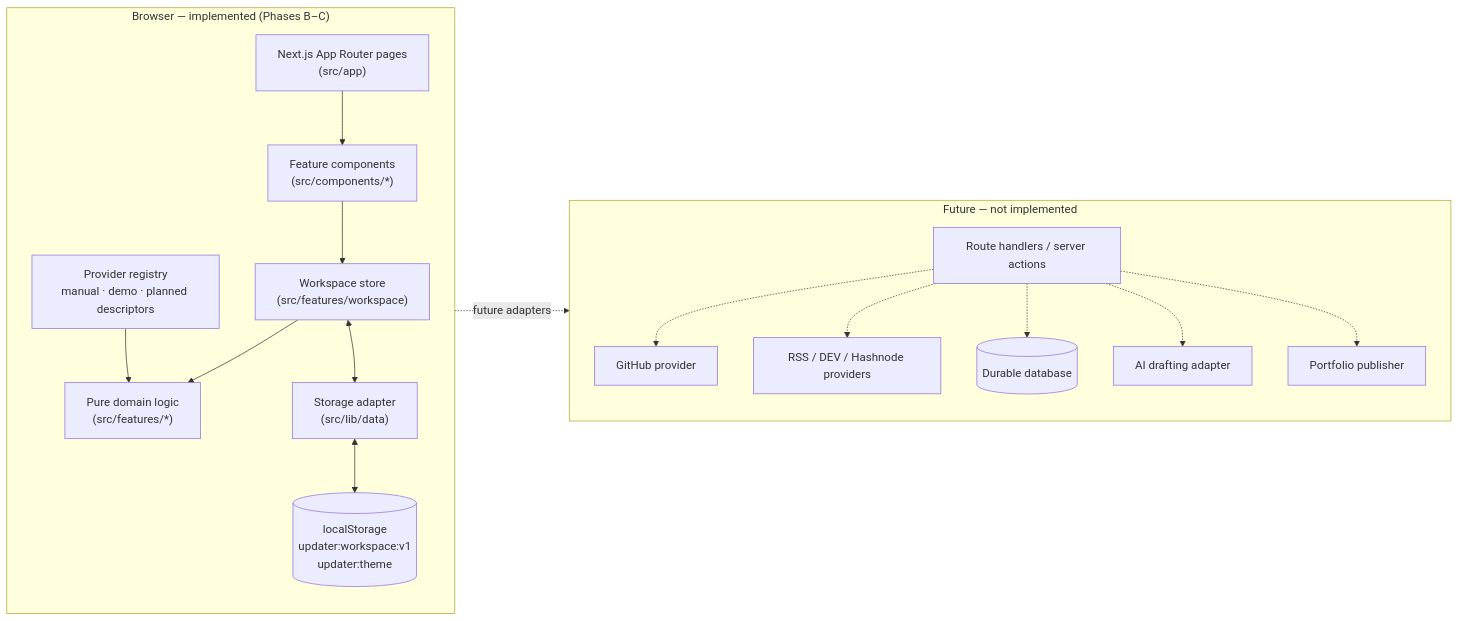
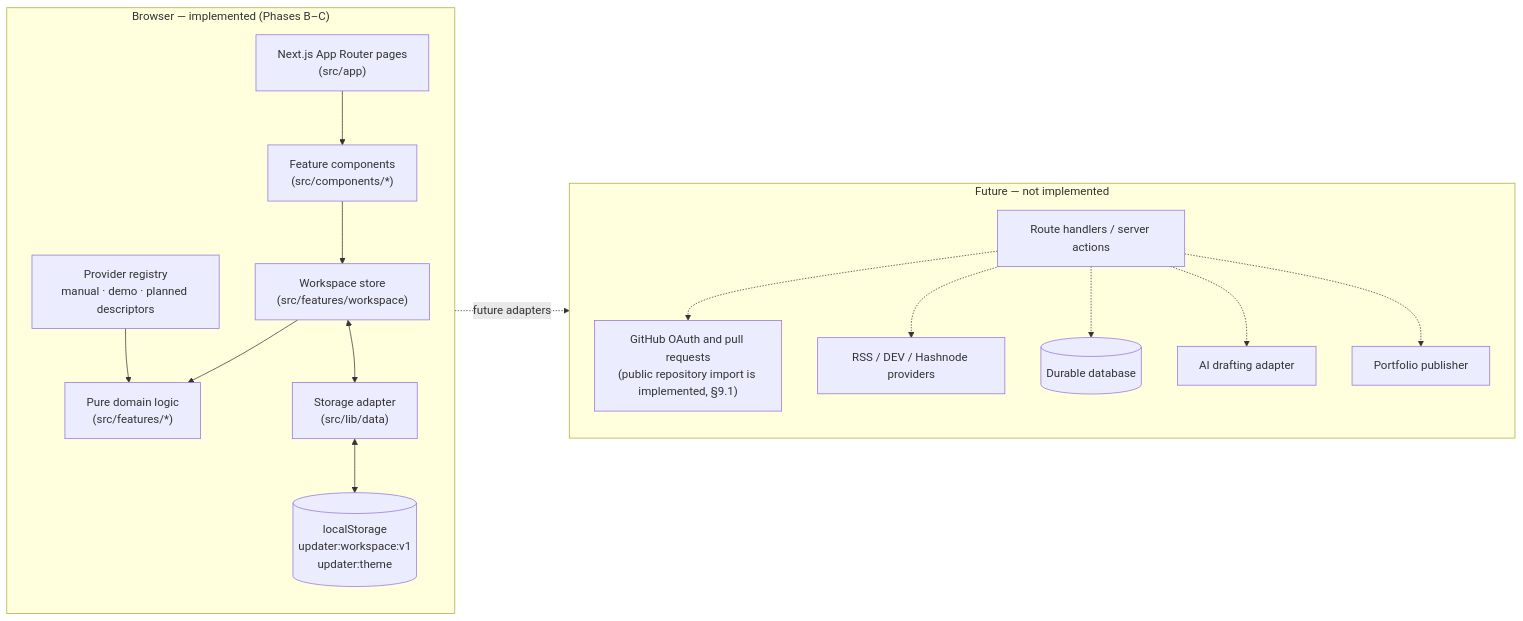
The first of 4 diagrams in architecture.md (tanay9098/Updater), drawn with Mermaid before and after one commit. The commit also changed other lines of this file and 26 other files, not shown here.

First line of the commit message:
Phase E: GitHub public repository import (T10.1)

````diff
--- a/architecture.md
+++ b/architecture.md
@@ -41,28 +42,28 @@
 ```mermaid
 flowchart LR
   subgraph Browser["Browser — implemented (Phases B–C)"]
     direction TB
     Pages["Next.js App Router pages<br/>(src/app)"]
     Views["Feature components<br/>(src/components/*)"]
     Store["Workspace store<br/>(src/features/workspace)"]
     Domain["Pure domain logic<br/>(src/features/*)"]
     Registry["Provider registry<br/>manual · demo · planned descriptors"]
     Storage["Storage adapter<br/>(src/lib/data)"]
     LS[("localStorage<br/>updater:workspace:v1<br/>updater:theme")]
     Pages --> Views --> Store
     Store --> Domain
     Registry --> Domain
     Store <--> Storage <--> LS
   end
   subgraph Future["Future — not implemented"]
     direction TB
     API["Route handlers / server actions"]
-    GH["GitHub provider"]
+    GH["GitHub OAuth and pull requests<br/>(public repository import is implemented, §9.1)"]
     Blog["RSS / DEV / Hashnode providers"]
     DB[("Durable database")]
     AI["AI drafting adapter"]
     Pub["Portfolio publisher"]
   end
   Registry -. "future adapters" .-> API
   API -.-> GH & Blog & DB & AI & Pub
 ```
````
